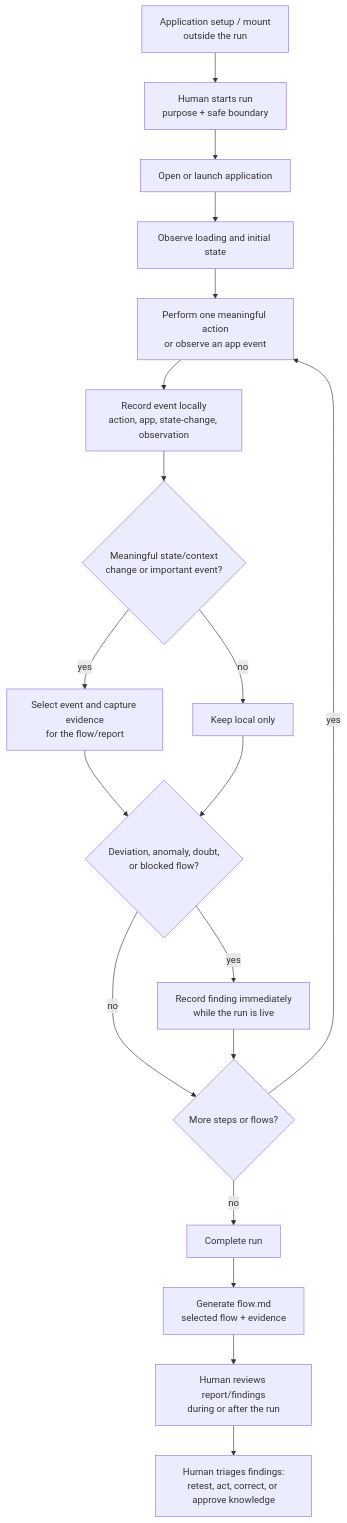
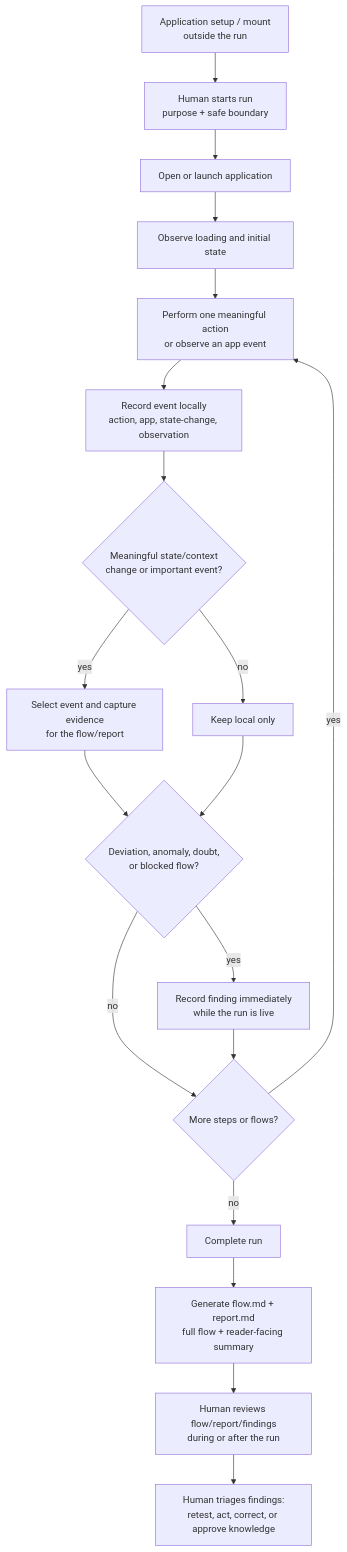
Before and after one commit to abs-bot-01/abs-tester-data: the second of 5 diagrams in architecture.md, drawn with Mermaid. The commit also changed other lines of this file and 6 other files, not shown here.

````diff
--- a/architecture.md
+++ b/architecture.md
@@ -27,21 +27,21 @@
 ```mermaid
 flowchart TD
     S[Application setup / mount<br/>outside the run] --> H[Human starts run<br/>purpose + safe boundary]
     H --> O[Open or launch application]
     O --> L[Observe loading and initial state]
     L --> A[Perform one meaningful action<br/>or observe an app event]
     A --> E[Record event locally<br/>action, app, state-change, observation]
     E --> C{Meaningful state/context<br/>change or important event?}
     C -->|yes| D[Select event and capture evidence<br/>for the flow/report]
     C -->|no| N[Keep local only]
     D --> F{Deviation, anomaly, doubt,<br/>or blocked flow?}
     N --> F
     F -->|yes| FI[Record finding immediately<br/>while the run is live]
     F -->|no| Q{More steps or flows?}
     FI --> Q
     Q -->|yes| A
     Q -->|no| R[Complete run]
-    R --> P[Generate flow.md<br/>selected flow + evidence]
-    P --> M[Human reviews report/findings<br/>during or after the run]
+    R --> P[Generate flow.md + report.md<br/>full flow + reader-facing summary]
+    P --> M[Human reviews flow/report/findings<br/>during or after the run]
     M --> K[Human triages findings:<br/>retest, act, correct, or approve knowledge]
 ```
````
